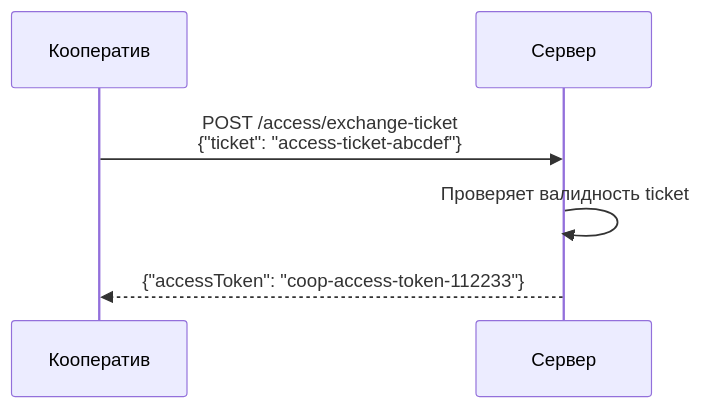
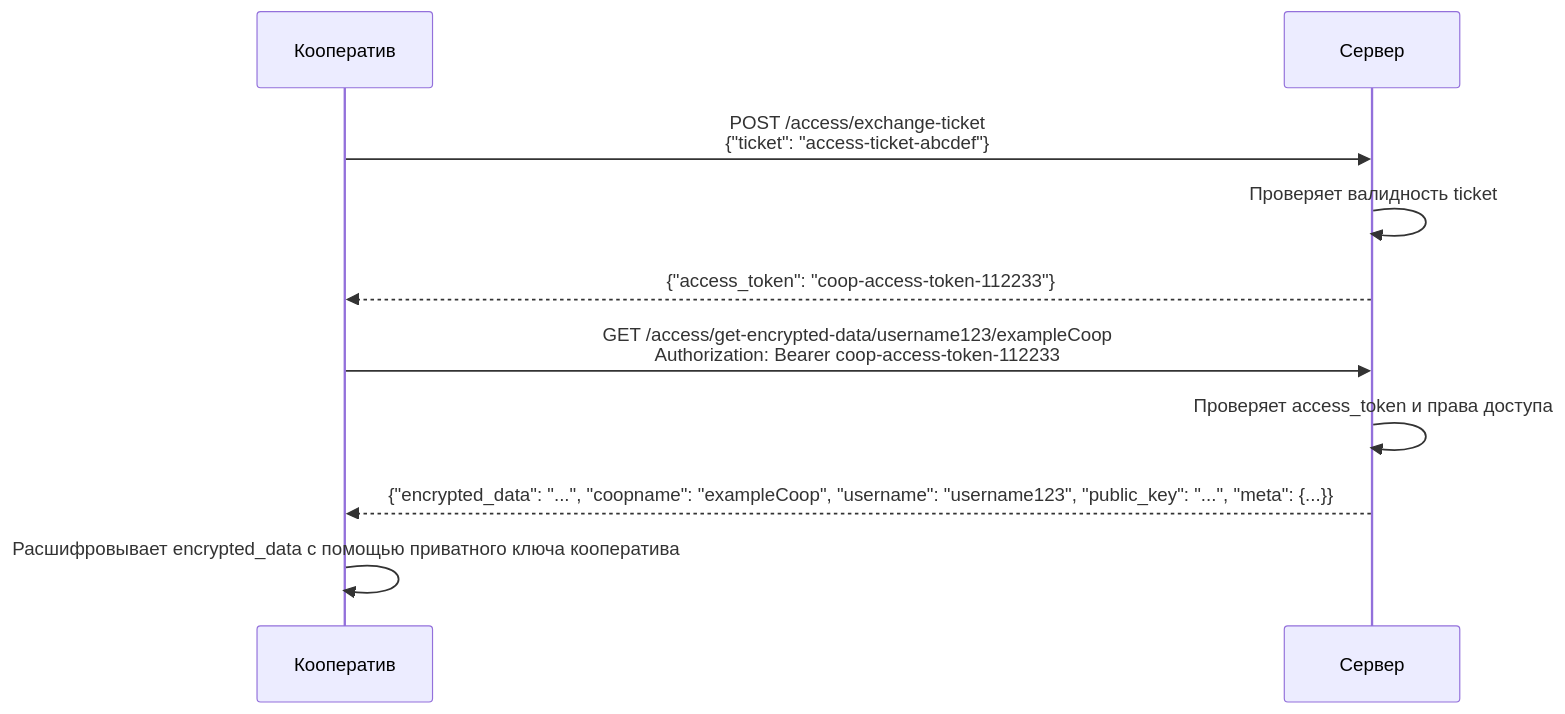
The sixth of 11 diagrams in docs/documentation/cardcoop.md (coopenomics/coopenomics), drawn with Mermaid before and after one commit. The commit also changed other lines of this file and 9 other files, not shown here.

````diff
--- a/docs/documentation/cardcoop.md
+++ b/docs/documentation/cardcoop.md
@@ -255,9 +260,14 @@
 ```mermaid
 sequenceDiagram
     participant Кооператив
     participant Сервер
 
     Кооператив->>Сервер: POST /access/exchange-ticket<br/>{"ticket": "access-ticket-abcdef"}
     Сервер->>Сервер: Проверяет валидность ticket
-    Сервер-->>Кооператив: {"accessToken": "coop-access-token-112233"}
+    Сервер-->>Кооператив: {"access_token": "coop-access-token-112233"}
+
+    Кооператив->>Сервер: GET /access/get-encrypted-data/username123/exampleCoop<br/>Authorization: Bearer coop-access-token-112233
+    Сервер->>Сервер: Проверяет access_token и права доступа
+    Сервер-->>Кооператив: {"encrypted_data": "...", "coopname": "exampleCoop", "username": "username123", "public_key": "...", "meta": {...}}
+    Кооператив->>Кооператив: Расшифровывает encrypted_data с помощью приватного ключа кооператива
 ```
````
